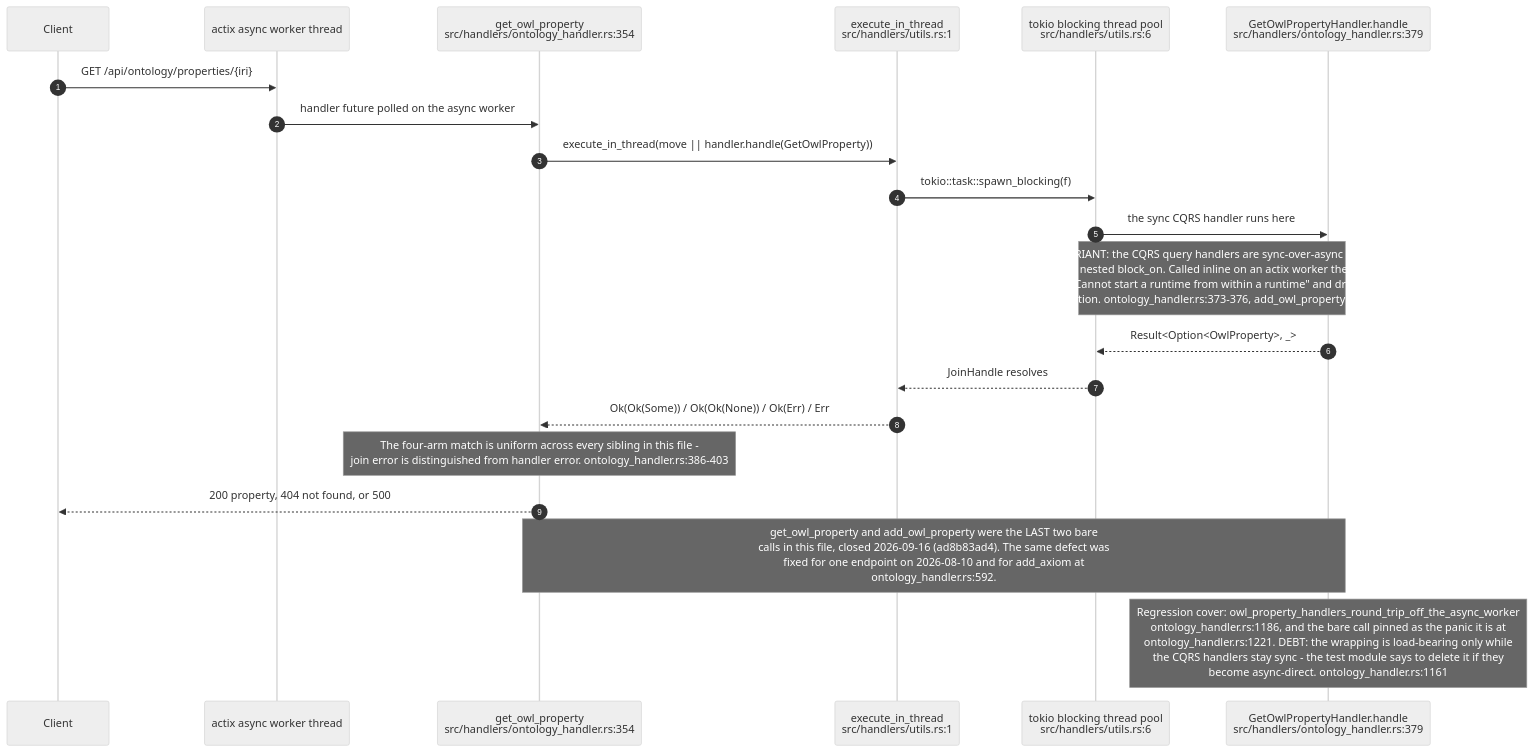
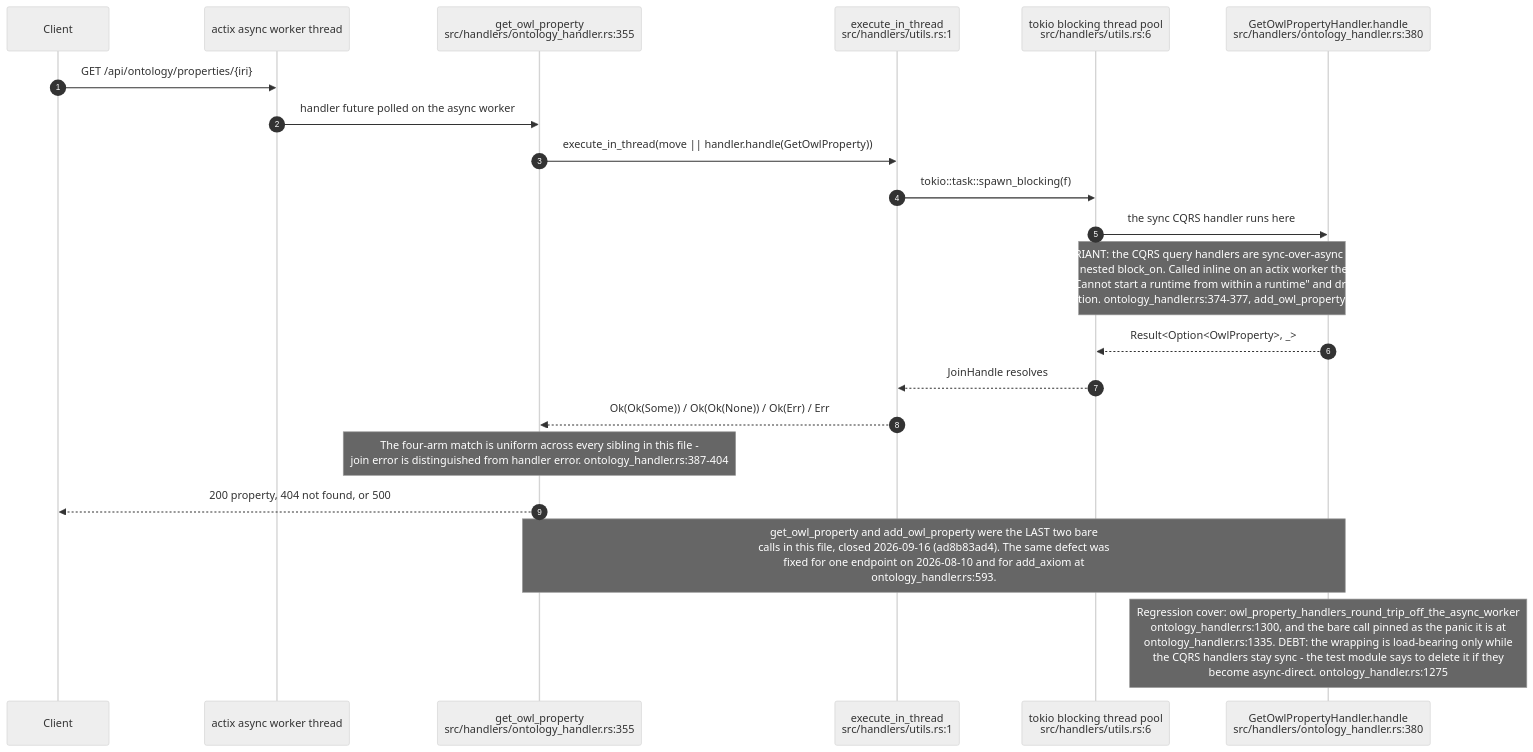
Before and after one commit to DreamLab-AI/VisionFlow: the ninth of 12 diagrams in docs/diagrams/visionclaw/20-ontology-pipeline-oxigraph-whelk.md, drawn with Mermaid (neutral theme). The commit also changed other lines of this file and 49 other files, not shown here.

First line of the commit message:
docs(diagrams): re-derive and re-stamp VisionClaw, estate, knowledge-graph, visionGraph, VisionFlow and sidestr topics

````diff
--- a/docs/diagrams/visionclaw/20-ontology-pipeline-oxigraph-whelk.md
+++ b/docs/diagrams/visionclaw/20-ontology-pipeline-oxigraph-whelk.md
@@ -364,24 +364,24 @@
 ```mermaid
 sequenceDiagram
     autonumber
     participant CL as Client
     participant AW as actix async worker thread
-    participant H as get_owl_property<br/>src/handlers/ontology_handler.rs:354
+    participant H as get_owl_property<br/>src/handlers/ontology_handler.rs:355
     participant EX as execute_in_thread<br/>src/handlers/utils.rs:1
     participant BT as tokio blocking thread pool<br/>src/handlers/utils.rs:6
-    participant QH as GetOwlPropertyHandler.handle<br/>src/handlers/ontology_handler.rs:379
+    participant QH as GetOwlPropertyHandler.handle<br/>src/handlers/ontology_handler.rs:380
 
     CL->>AW: GET /api/ontology/properties/{iri}
     AW->>H: handler future polled on the async worker
     H->>EX: execute_in_thread(move || handler.handle(GetOwlProperty))
     EX->>BT: tokio::task::spawn_blocking(f)
     BT->>QH: the sync CQRS handler runs here
-    Note over BT,QH: INVARIANT: the CQRS query handlers are sync-over-async - they<br/>enter a nested block_on. Called inline on an actix worker they panic<br/>with "Cannot start a runtime from within a runtime" and drop the<br/>connection. ontology_handler.rs:373-376, add_owl_property at :461
+    Note over BT,QH: INVARIANT: the CQRS query handlers are sync-over-async - they<br/>enter a nested block_on. Called inline on an actix worker they panic<br/>with "Cannot start a runtime from within a runtime" and drop the<br/>connection. ontology_handler.rs:374-377, add_owl_property at :462
     QH-->>BT: Result<Option<OwlProperty>, _>
     BT-->>EX: JoinHandle resolves
     EX-->>H: Ok(Ok(Some)) / Ok(Ok(None)) / Ok(Err) / Err
-    Note over H: The four-arm match is uniform across every sibling in this file -<br/>join error is distinguished from handler error. ontology_handler.rs:386-403
+    Note over H: The four-arm match is uniform across every sibling in this file -<br/>join error is distinguished from handler error. ontology_handler.rs:387-404
     H-->>CL: 200 property, 404 not found, or 500
-    Note over H,QH: get_owl_property and add_owl_property were the LAST two bare<br/>calls in this file, closed 2026-09-16 (ad8b83ad4). The same defect was<br/>fixed for one endpoint on 2026-08-10 and for add_axiom at<br/>ontology_handler.rs:592.
-    Note over QH: Regression cover: owl_property_handlers_round_trip_off_the_async_worker<br/>ontology_handler.rs:1186, and the bare call pinned as the panic it is at<br/>ontology_handler.rs:1221. DEBT: the wrapping is load-bearing only while<br/>the CQRS handlers stay sync - the test module says to delete it if they<br/>become async-direct. ontology_handler.rs:1161
+    Note over H,QH: get_owl_property and add_owl_property were the LAST two bare<br/>calls in this file, closed 2026-09-16 (ad8b83ad4). The same defect was<br/>fixed for one endpoint on 2026-08-10 and for add_axiom at<br/>ontology_handler.rs:593.
+    Note over QH: Regression cover: owl_property_handlers_round_trip_off_the_async_worker<br/>ontology_handler.rs:1300, and the bare call pinned as the panic it is at<br/>ontology_handler.rs:1335. DEBT: the wrapping is load-bearing only while<br/>the CQRS handlers stay sync - the test module says to delete it if they<br/>become async-direct. ontology_handler.rs:1275
 ```
````
